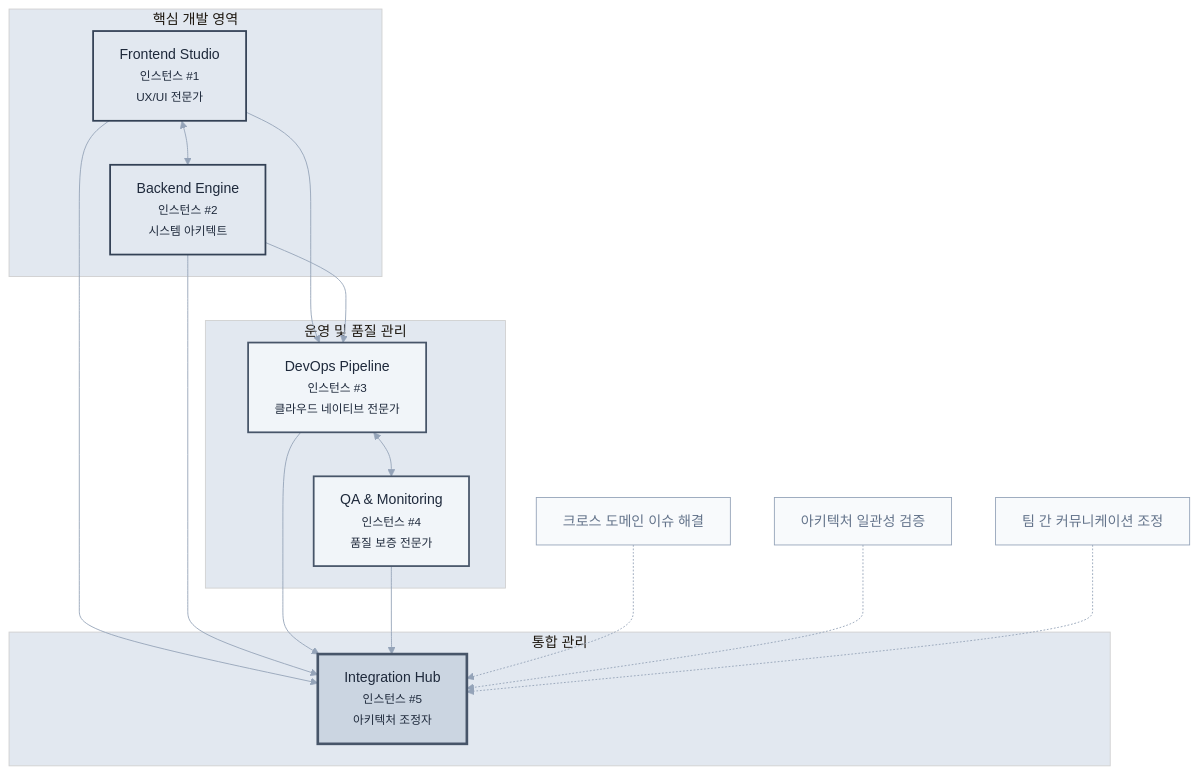
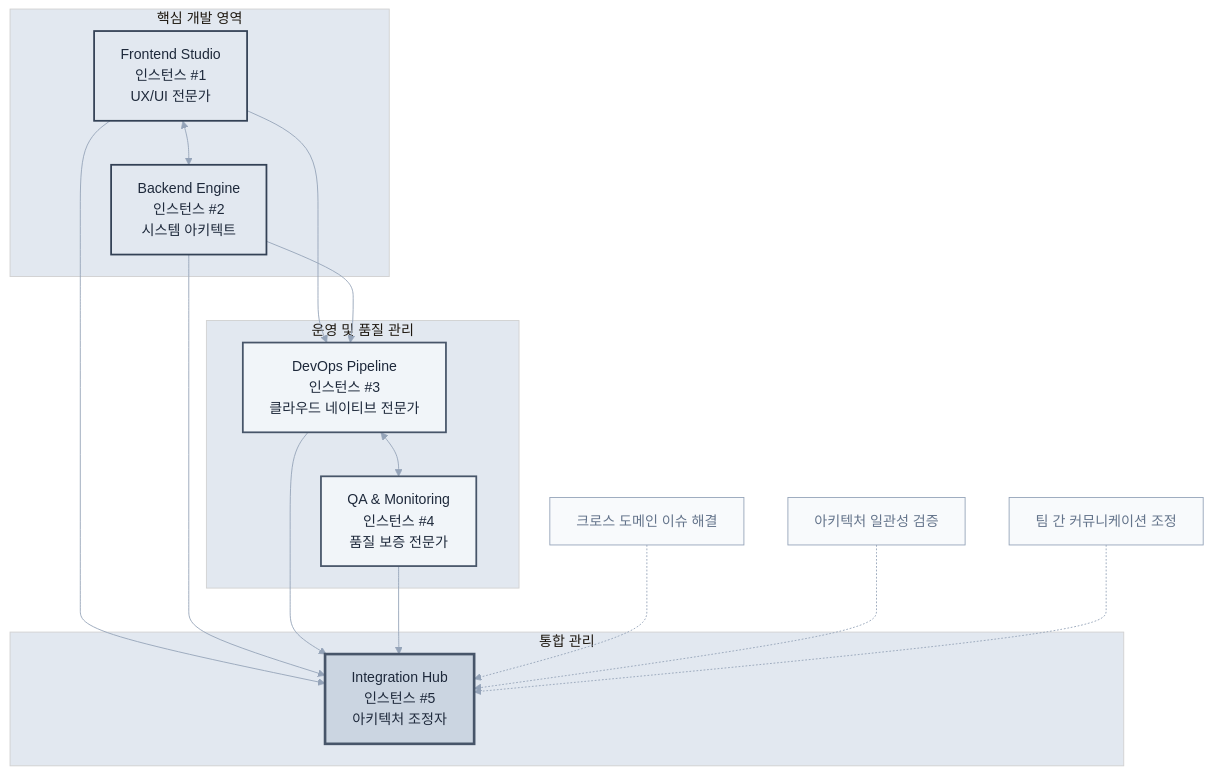
The second of 4 diagrams in book/08-chapter8.md (revfactory/claude-code-mastering), drawn with Mermaid before and after one commit. The commit also changed other lines of this file and 10 other files, not shown here.

First line of the commit message:
fix: 챕터 2-13 Mermaid 다이어그램 텍스트 렌더링 최적화

````diff
--- a/book/08-chapter8.md
+++ b/book/08-chapter8.md
@@ -51,40 +51,40 @@
 ```mermaid
-%%{init: {"theme": "base", "themeVariables": {"primaryColor": "#f8fafc", "primaryTextColor": "#1e293b", "primaryBorderColor": "#e2e8f0", "lineColor": "#94a3b8", "secondaryColor": "#f1f5f9", "tertiaryColor": "#e2e8f0"}}}%%
+%%{init: {"theme": "base", "themeVariables": {"primaryColor": "#f8fafc", "primaryTextColor": "#1e293b", "primaryBorderColor": "#e2e8f0", "lineColor": "#94a3b8", "secondaryColor": "#f1f5f9", "tertiaryColor": "#e2e8f0"}, "flowchart": {"htmlLabels": false, "useMaxWidth": false}}}%%
 graph TD
     subgraph core [핵심 개발 영역]
-        A[Frontend Studio<br/><small>인스턴스 #1<br/>UX/UI 전문가</small>] 
-        B[Backend Engine<br/><small>인스턴스 #2<br/>시스템 아키텍트</small>]
+        A[Frontend Studio<br/>인스턴스 #1<br/>UX/UI 전문가] 
+        B[Backend Engine<br/>인스턴스 #2<br/>시스템 아키텍트]
     end
     
     subgraph ops [운영 및 품질 관리]
-        C[DevOps Pipeline<br/><small>인스턴스 #3<br/>클라우드 네이티브 전문가</small>]
-        D[QA & Monitoring<br/><small>인스턴스 #4<br/>품질 보증 전문가</small>]
+        C[DevOps Pipeline<br/>인스턴스 #3<br/>클라우드 네이티브 전문가]
+        D[QA & Monitoring<br/>인스턴스 #4<br/>품질 보증 전문가]
     end
     
     subgraph integration [통합 관리]
-        E[Integration Hub<br/><small>인스턴스 #5<br/>아키텍처 조정자</small>]
+        E[Integration Hub<br/>인스턴스 #5<br/>아키텍처 조정자]
     end
     
     A <--> B
     A --> C
     B --> C
     C <--> D
     A --> E
     B --> E
     C --> E
     D --> E
     
     F[크로스 도메인 이슈 해결] -.-> E
     G[아키텍처 일관성 검증] -.-> E
     H[팀 간 커뮤니케이션 조정] -.-> E
     
     classDef coreStyle fill:#e2e8f0,stroke:#334155,stroke-width:2px,color:#1e293b
     classDef opsStyle fill:#f1f5f9,stroke:#475569,stroke-width:2px,color:#1e293b
     classDef hubStyle fill:#cbd5e1,stroke:#475569,stroke-width:3px,color:#1e293b
     classDef activityStyle fill:#f8fafc,stroke:#94a3b8,stroke-width:1px,color:#64748b
     
     class A,B coreStyle
     class C,D opsStyle
     class E hubStyle
     class F,G,H activityStyle
 ```
````
